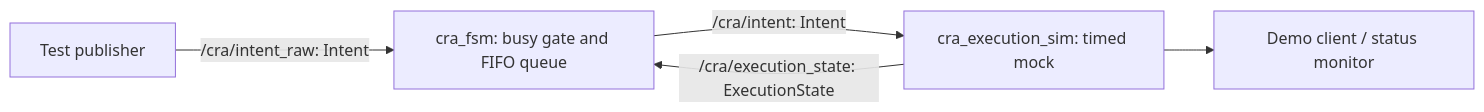
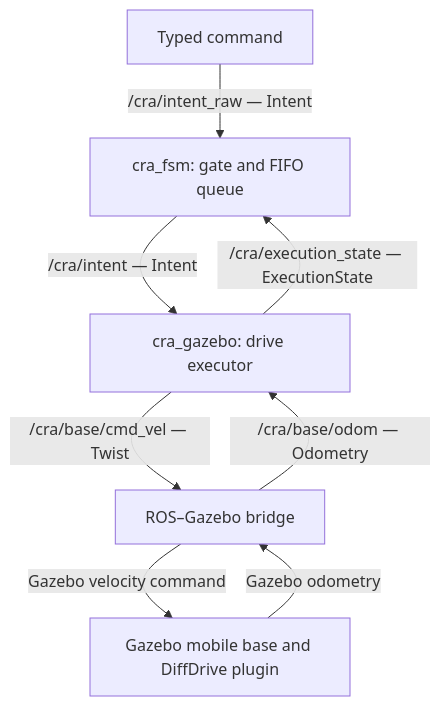
One commit to Jiwoon-Choi/collaborative-robot-assistant changed the diagram in README.md. Above: the diagram before and after it, drawn with Mermaid. The commit also changed other lines of this file and 1 other file, not shown here.

Commit message:
Document verified Gazebo milestone and demo instructions

````diff
--- a/README.md
+++ b/README.md
@@ -7,7 +25,10 @@
 ```mermaid
-flowchart LR
-    User[Test publisher] -->|/cra/intent_raw: Intent| FSM[cra_fsm: busy gate and FIFO queue]
-    FSM -->|/cra/intent: Intent| Executor[cra_execution_sim: timed mock]
-    Executor -->|/cra/execution_state: ExecutionState| FSM
-    Executor --> Monitor[Demo client / status monitor]
+flowchart TD
+    User["Typed command"] -->|"/cra/intent_raw — Intent"| FSM["cra_fsm: gate and FIFO queue"]
+    FSM -->|"/cra/intent — Intent"| Executor["cra_gazebo: drive executor"]
+    Executor -->|"/cra/base/cmd_vel — Twist"| Bridge["ROS–Gazebo bridge"]
+    Bridge -->|"Gazebo velocity command"| Robot["Gazebo mobile base and DiffDrive plugin"]
+    Robot -->|"Gazebo odometry"| Bridge
+    Bridge -->|"/cra/base/odom — Odometry"| Executor
+    Executor -->|"/cra/execution_state — ExecutionState"| FSM
 ```
````
